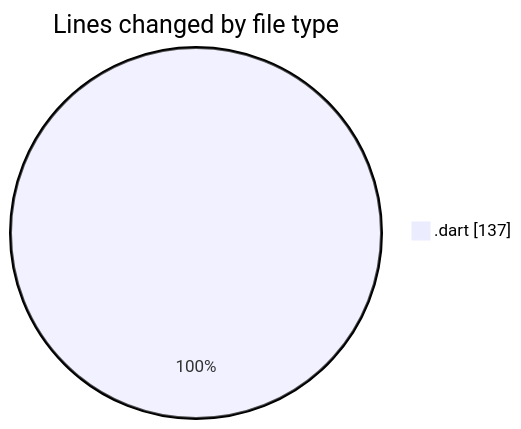
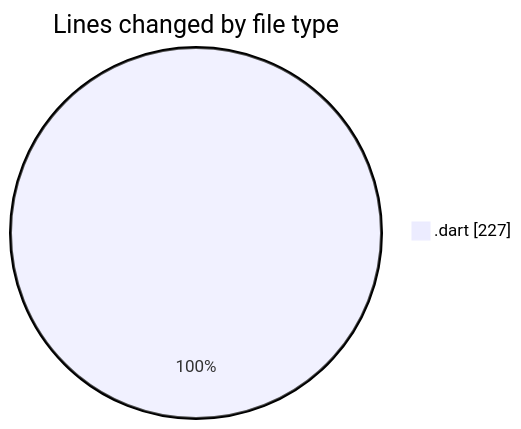
One commit to donsfak/code-tracking changed the first of 2 diagrams in 2025-04-10/trackers_app/README.md. Above: the diagram before and after it, drawn with Mermaid. The commit also changed other lines of this file and 1 other file, not shown here.

````diff
--- a/2025-04-10/trackers_app/README.md
+++ b/2025-04-10/trackers_app/README.md
@@ -24,5 +25,5 @@
 ```mermaid
 pie showData
 title Lines changed by file type
-".dart" : 137
+".dart" : 227
 ```
````
